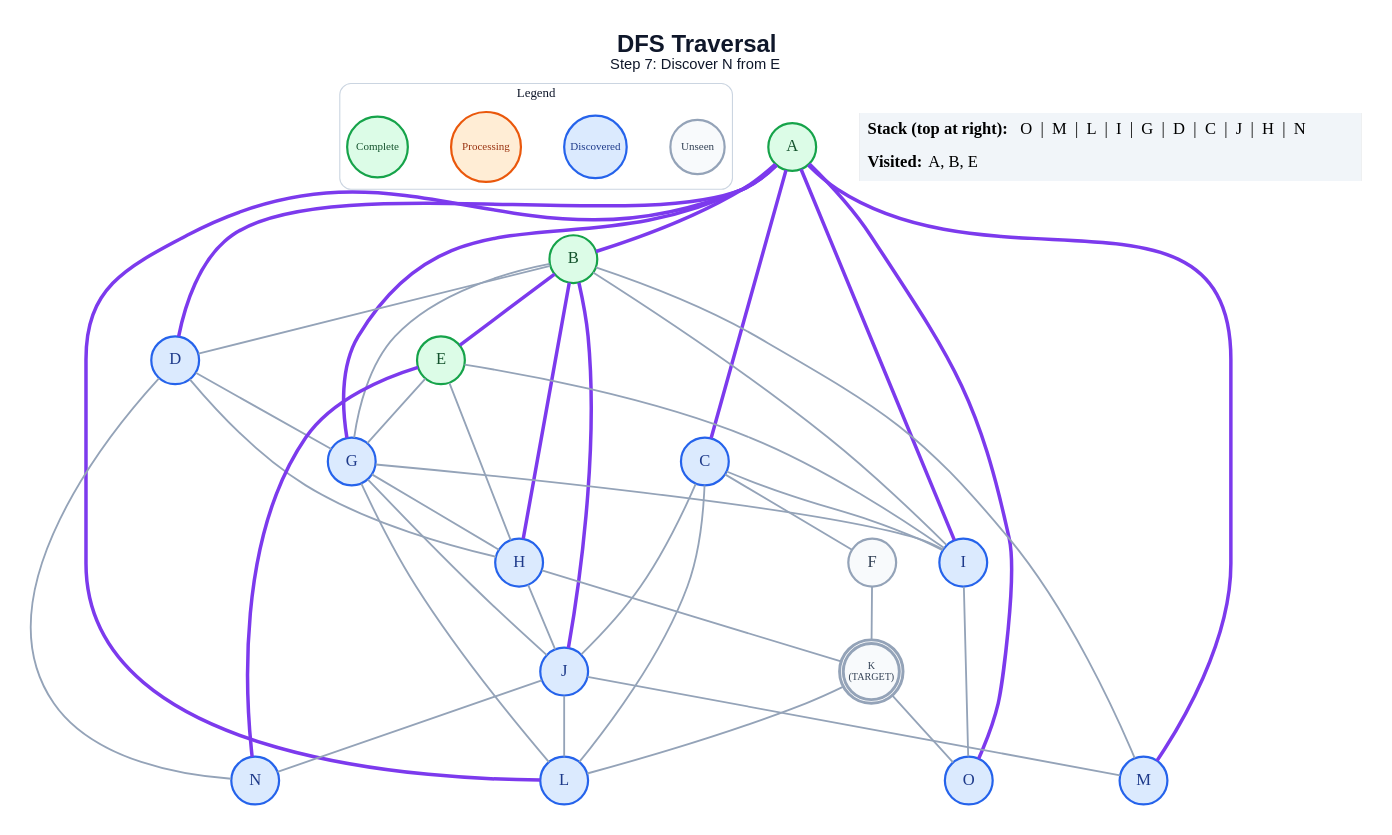
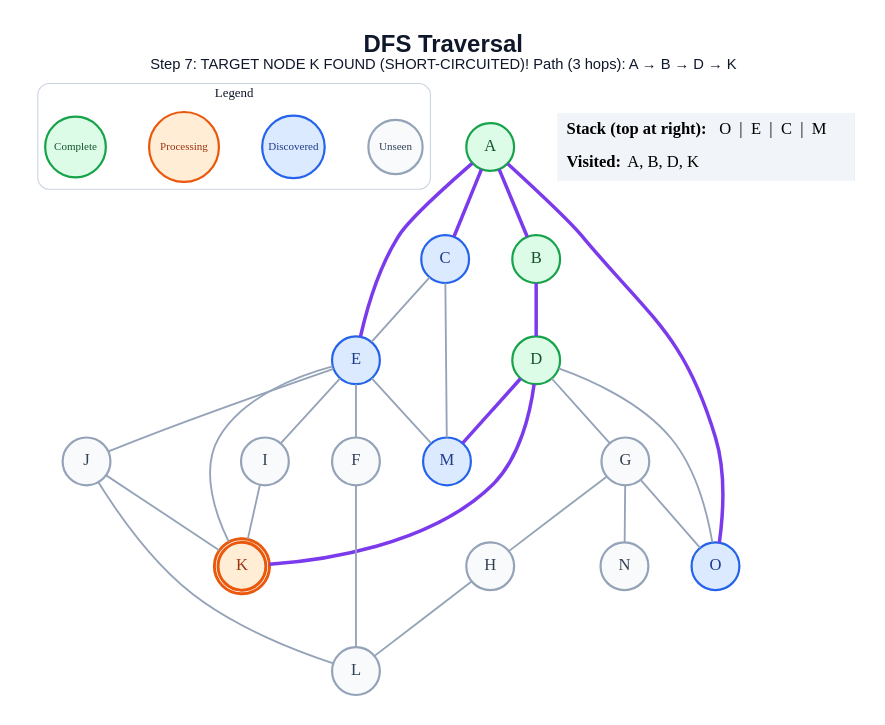
Before and after one commit to anon7238593-create/ai-slop: the diagram in generated/short-circuit/dfs/step_07.dot, drawn with Graphviz. The commit also changed 289 other files, not shown here.

```diff
--- a/generated/short-circuit/dfs/step_07.dot
+++ b/generated/short-circuit/dfs/step_07.dot
@@ -1,73 +1,58 @@
 graph traversal {
   graph [layout=dot, rankdir=TB, bgcolor="#FFFFFF", pad="0.35", nodesep="0.65", ranksep="0.8", fontname="Arial"];
   node [shape=circle, style="filled", fontname="Arial Bold", fontsize=18, width=0.72, fixedsize=true, penwidth=2.4];
   edge [color="#94A3B8", penwidth=2.0];
-  label=<<B>DFS Traversal</B><BR/><FONT POINT-SIZE="16">Step 7: Discover N from E</FONT>>; labelloc="t"; fontsize=26; fontname="Arial"; fontcolor="#0F172A";
+  label=<<B>DFS Traversal</B><BR/><FONT POINT-SIZE="16">Step 7: TARGET NODE K FOUND (SHORT-CIRCUITED)! Path (3 hops): A → B → D → K</FONT>>; labelloc="t"; fontsize=26; fontname="Arial"; fontcolor="#0F172A";
   subgraph cluster_legend { label="Legend"; color="#CBD5E1"; penwidth=1.2; style="rounded"; fontsize=14; fontname="Arial Bold";
     key_unseen [label="Unseen", fillcolor="#F8FAFC", color="#94A3B8", fontcolor="#334155", fontsize=12, width=0.82];
     key_frontier [label="Discovered", fillcolor="#DBEAFE", color="#2563EB", fontcolor="#1E3A8A", fontsize=12, width=0.95];
     key_current [label="Processing", fillcolor="#FFEDD5", color="#EA580C", fontcolor="#9A3412", fontsize=12, width=1.05];
     key_done [label="Complete", fillcolor="#DCFCE7", color="#16A34A", fontcolor="#14532D", fontsize=12, width=0.92];
     { rank=same; key_unseen; key_frontier; key_current; key_done; }
   }
   A [label="A", fillcolor="#DCFCE7", color="#16A34A", fontcolor="#14532D", peripheries=1, penwidth=2.4];
   B [label="B", fillcolor="#DCFCE7", color="#16A34A", fontcolor="#14532D", peripheries=1, penwidth=2.4];
   C [label="C", fillcolor="#DBEAFE", color="#2563EB", fontcolor="#1E3A8A", peripheries=1, penwidth=2.4];
-  D [label="D", fillcolor="#DBEAFE", color="#2563EB", fontcolor="#1E3A8A", peripheries=1, penwidth=2.4];
-  E [label="E", fillcolor="#DCFCE7", color="#16A34A", fontcolor="#14532D", peripheries=1, penwidth=2.4];
+  D [label="D", fillcolor="#DCFCE7", color="#16A34A", fontcolor="#14532D", peripheries=1, penwidth=2.4];
+  E [label="E", fillcolor="#DBEAFE", color="#2563EB", fontcolor="#1E3A8A", peripheries=1, penwidth=2.4];
   F [label="F", fillcolor="#F8FAFC", color="#94A3B8", fontcolor="#334155", peripheries=1, penwidth=2.4];
-  G [label="G", fillcolor="#DBEAFE", color="#2563EB", fontcolor="#1E3A8A", peripheries=1, penwidth=2.4];
-  H [label="H", fillcolor="#DBEAFE", color="#2563EB", fontcolor="#1E3A8A", peripheries=1, penwidth=2.4];
-  I [label="I", fillcolor="#DBEAFE", color="#2563EB", fontcolor="#1E3A8A", peripheries=1, penwidth=2.4];
-  J [label="J", fillcolor="#DBEAFE", color="#2563EB", fontcolor="#1E3A8A", peripheries=1, penwidth=2.4];
-  K [label="K\n(TARGET)", fillcolor="#F8FAFC", color="#94A3B8", fontcolor="#334155", peripheries=2, penwidth=3.2, fontsize=11, width=0.85, height=0.85];
-  L [label="L", fillcolor="#DBEAFE", color="#2563EB", fontcolor="#1E3A8A", peripheries=1, penwidth=2.4];
+  G [label="G", fillcolor="#F8FAFC", color="#94A3B8", fontcolor="#334155", peripheries=1, penwidth=2.4];
+  H [label="H", fillcolor="#F8FAFC", color="#94A3B8", fontcolor="#334155", peripheries=1, penwidth=2.4];
+  I [label="I", fillcolor="#F8FAFC", color="#94A3B8", fontcolor="#334155", peripheries=1, penwidth=2.4];
+  J [label="J", fillcolor="#F8FAFC", color="#94A3B8", fontcolor="#334155", peripheries=1, penwidth=2.4];
+  K [label="K", fillcolor="#FFEDD5", color="#EA580C", fontcolor="#9A3412", peripheries=2, penwidth=3.2];
+  L [label="L", fillcolor="#F8FAFC", color="#94A3B8", fontcolor="#334155", peripheries=1, penwidth=2.4];
   M [label="M", fillcolor="#DBEAFE", color="#2563EB", fontcolor="#1E3A8A", peripheries=1, penwidth=2.4];
-  N [label="N", fillcolor="#DBEAFE", color="#2563EB", fontcolor="#1E3A8A", peripheries=1, penwidth=2.4];
+  N [label="N", fillcolor="#F8FAFC", color="#94A3B8", fontcolor="#334155", peripheries=1, penwidth=2.4];
   O [label="O", fillcolor="#DBEAFE", color="#2563EB", fontcolor="#1E3A8A", peripheries=1, penwidth=2.4];
   A -- B [color="#7C3AED", penwidth=3.8];
   A -- C [color="#7C3AED", penwidth=3.8];
-  A -- D [color="#7C3AED", penwidth=3.8];
-  A -- G [color="#7C3AED", penwidth=3.8];
-  A -- I [color="#7C3AED", penwidth=3.8];
-  A -- L [color="#7C3AED", penwidth=3.8];
-  A -- M [color="#7C3AED", penwidth=3.8];
+  A -- E [color="#7C3AED", penwidth=3.8];
   A -- O [color="#7C3AED", penwidth=3.8];
-  B -- D;
-  B -- E [color="#7C3AED", penwidth=3.8];
-  B -- G;
-  B -- H [color="#7C3AED", penwidth=3.8];
-  B -- I;
-  B -- J [color="#7C3AED", penwidth=3.8];
-  B -- M;
-  C -- F;
-  C -- I;
-  C -- J;
-  C -- L;
+  B -- D [color="#7C3AED", penwidth=3.8];
+  C -- E;
+  C -- M;
   D -- G;
-  D -- H;
-  D -- N;
-  E -- G;
-  E -- H;
+  D -- K [color="#7C3AED", penwidth=3.8];
+  D -- M [color="#7C3AED", penwidth=3.8];
+  D -- O;
+  E -- F;
   E -- I;
-  E -- N [color="#7C3AED", penwidth=3.8];
-  F -- K;
+  E -- J;
+  E -- K;
+  E -- M;
+  F -- L;
   G -- H;
-  G -- I;
-  G -- J;
-  G -- L;
-  H -- J;
-  H -- K;
-  I -- O;
+  G -- N;
+  G -- O;
+  H -- L;
+  I -- K;
+  J -- K;
   J -- L;
-  J -- M;
-  J -- N;
-  K -- L;
-  K -- O;
   status [shape=plain, fixedsize=false, width=0, height=0, margin=0, label=<
     <TABLE BORDER="0" CELLBORDER="0" CELLPADDING="7" BGCOLOR="#F1F5F9">
-      <TR><TD ALIGN="LEFT"><B>Stack (top at right):</B> O  |  M  |  L  |  I  |  G  |  D  |  C  |  J  |  H  |  N</TD></TR>
-      <TR><TD ALIGN="LEFT"><B>Visited:</B> A, B, E</TD></TR>
+      <TR><TD ALIGN="LEFT"><B>Stack (top at right):</B> O  |  E  |  C  |  M</TD></TR>
+      <TR><TD ALIGN="LEFT"><B>Visited:</B> A, B, D, K</TD></TR>
     </TABLE>
   >];
 }
```
